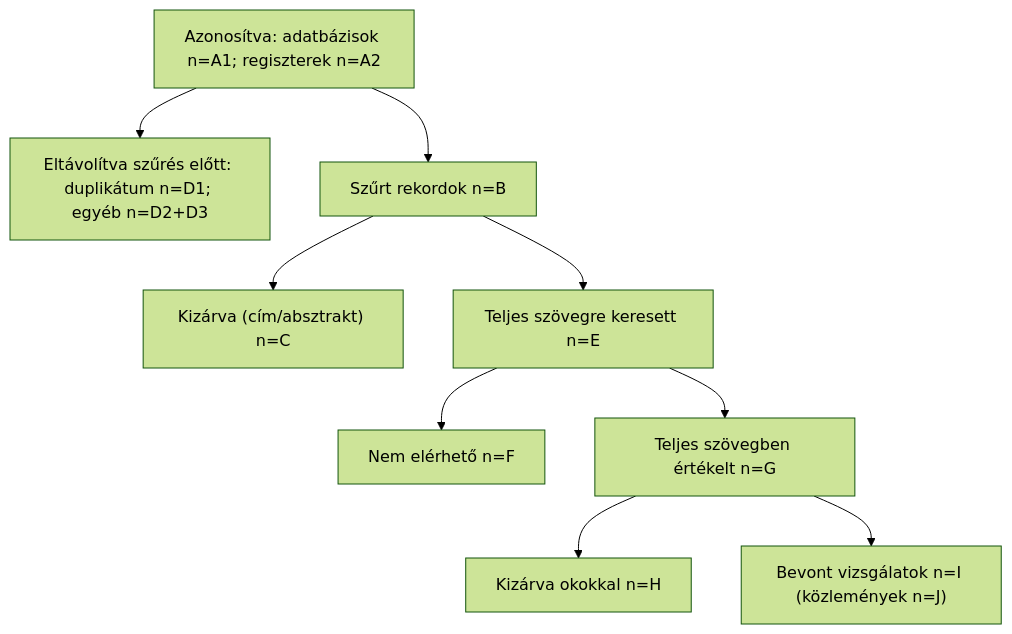
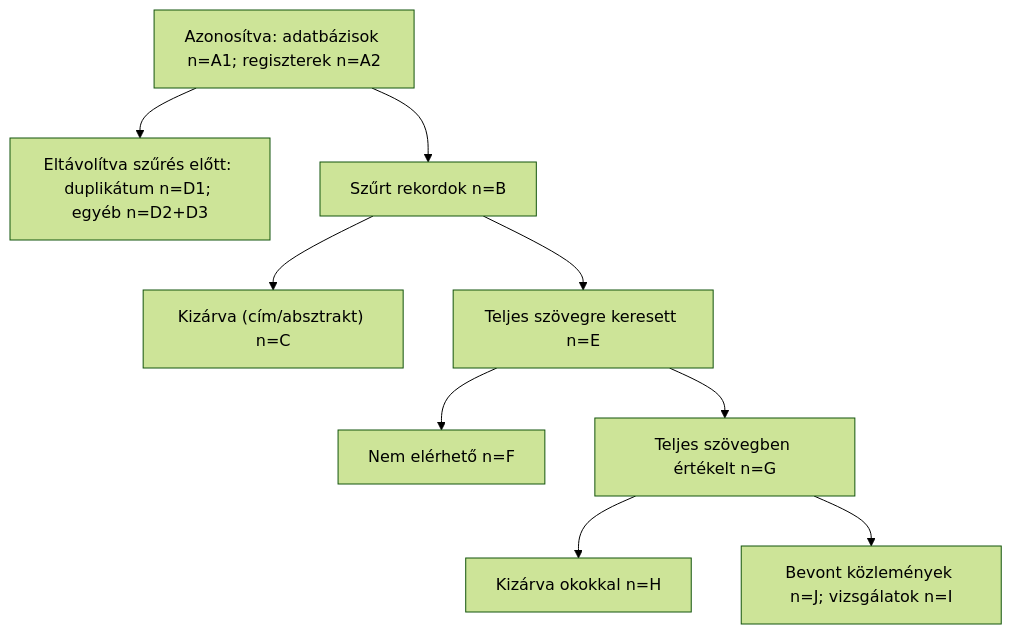
The diagram in metaanalizis-asszisztens/tudasbazis/sablonok/prisma_folyamat_sablon.md (szilikaroly/metaANAL), drawn with Mermaid (forest theme) before and after one commit. The commit also changed other lines of this file and 6 other files, not shown here.

````diff
--- a/metaanalizis-asszisztens/tudasbazis/sablonok/prisma_folyamat_sablon.md
+++ b/metaanalizis-asszisztens/tudasbazis/sablonok/prisma_folyamat_sablon.md
@@ -18,11 +21,11 @@
 ```mermaid
 flowchart TD
   A["Azonosítva: adatbázisok n=A1; regiszterek n=A2"] --> R["Eltávolítva szűrés előtt: duplikátum n=D1; egyéb n=D2+D3"]
   A --> B["Szűrt rekordok n=B"]
   B --> C["Kizárva (cím/absztrakt) n=C"]
   B --> E["Teljes szövegre keresett n=E"]
   E --> F["Nem elérhető n=F"]
   E --> G["Teljes szövegben értékelt n=G"]
   G --> H["Kizárva okokkal n=H"]
-  G --> I["Bevont vizsgálatok n=I (közlemények n=J)"]
+  G --> I["Bevont közlemények n=J; vizsgálatok n=I"]
 ```
````
